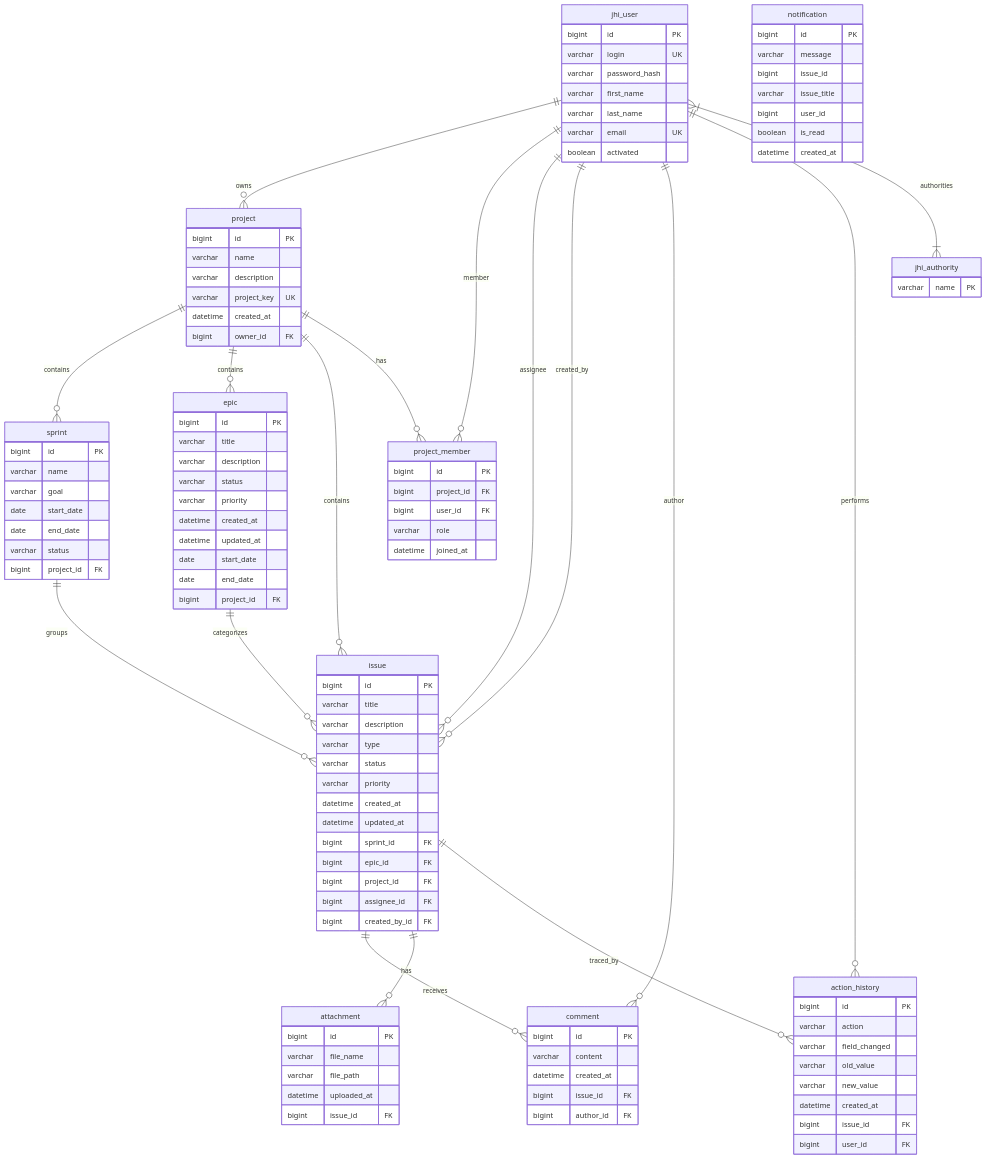
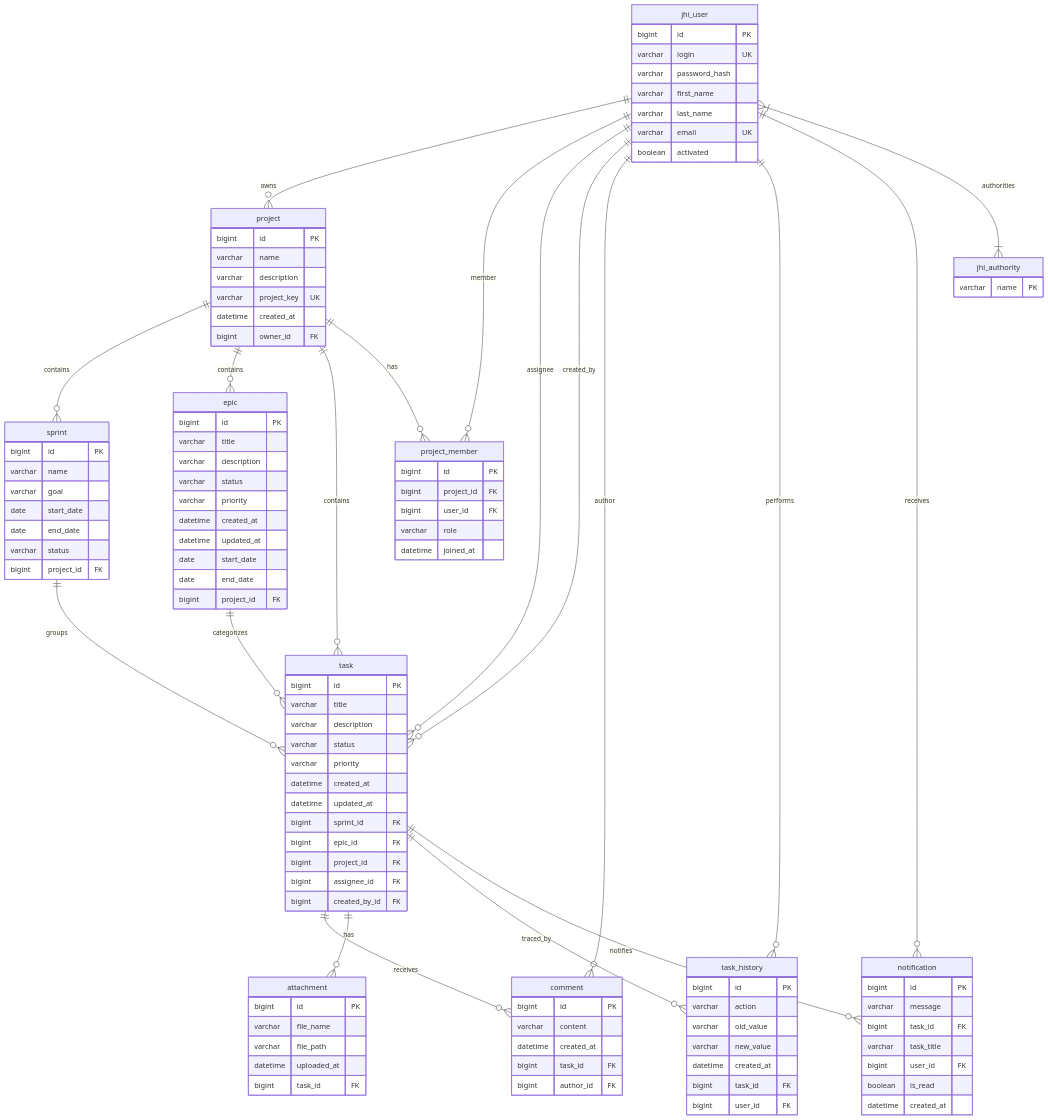
One commit to 24231-Brahim/gestion_taches changed the second of 2 diagrams in docs/data-base-new.md. Above: the diagram before and after it, drawn with Mermaid. The commit also changed other lines of this file and 42 other files, not shown here.

```diff
--- a/docs/data-base-new.md
+++ b/docs/data-base-new.md
@@ -306,23 +303,25 @@
 erDiagram
     jhi_user ||--o{ project : "owns"
     jhi_user ||--o{ project_member : "member"
-    jhi_user ||--o{ issue : "assignee"
-    jhi_user ||--o{ issue : "created_by"
+    jhi_user ||--o{ task : "assignee"
+    jhi_user ||--o{ task : "created_by"
     jhi_user ||--o{ comment : "author"
-    jhi_user ||--o{ action_history : "performs"
+    jhi_user ||--o{ task_history : "performs"
+    jhi_user ||--o{ notification : "receives"
     jhi_user }|--|{ jhi_authority : "authorities"
 
     project ||--o{ sprint : "contains"
     project ||--o{ epic : "contains"
-    project ||--o{ issue : "contains"
+    project ||--o{ task : "contains"
     project ||--o{ project_member : "has"
 
-    sprint ||--o{ issue : "groups"
-    epic ||--o{ issue : "categorizes"
+    sprint ||--o{ task : "groups"
+    epic ||--o{ task : "categorizes"
 
-    issue ||--o{ comment : "receives"
-    issue ||--o{ attachment : "has"
-    issue ||--o{ action_history : "traced_by"
+    task ||--o{ comment : "receives"
+    task ||--o{ attachment : "has"
+    task ||--o{ task_history : "traced_by"
+    task ||--o{ notification : "notifies"
 
     jhi_user {
         bigint id PK
@@ -378,11 +377,10 @@
         bigint project_id FK
     }
 
-    issue {
+    task {
         bigint id PK
         varchar title
         varchar description
-        varchar type
         varchar status
         varchar priority
         datetime created_at
@@ -398,7 +396,7 @@
         bigint id PK
         varchar content
         datetime created_at
-        bigint issue_id FK
+        bigint task_id FK
         bigint author_id FK
     }
 
@@ -407,26 +405,25 @@
         varchar file_name
         varchar file_path
         datetime uploaded_at
-        bigint issue_id FK
+        bigint task_id FK
     }
 
-    action_history {
+    task_history {
         bigint id PK
         varchar action
-        varchar field_changed
         varchar old_value
         varchar new_value
         datetime created_at
-        bigint issue_id FK
+        bigint task_id FK
         bigint user_id FK
     }
 
     notification {
         bigint id PK
         varchar message
-        bigint issue_id
-        varchar issue_title
-        bigint user_id
+        bigint task_id FK
+        varchar task_title
+        bigint user_id FK
         boolean is_read
         datetime created_at
     }
```
